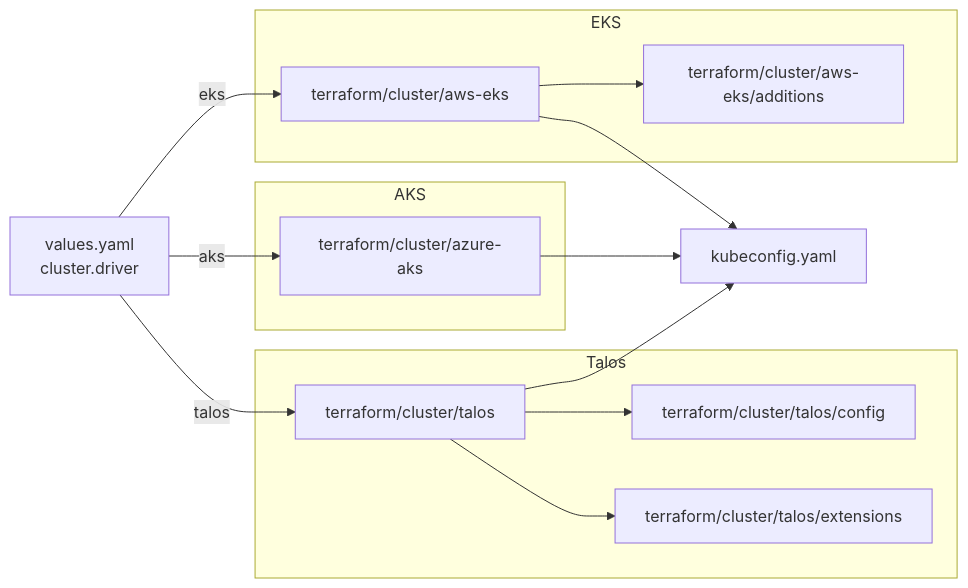
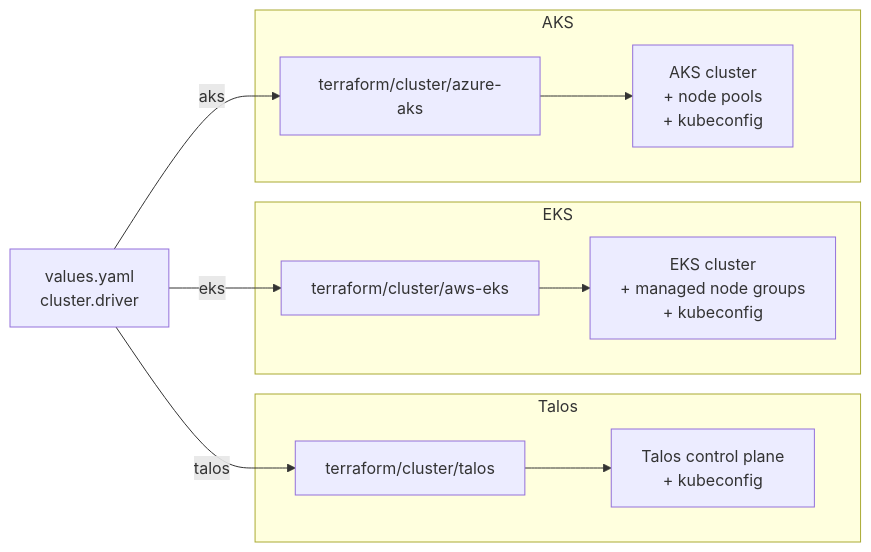
Before and after one commit to windsorcli/core: the diagram in terraform/cluster/README.md, drawn with Mermaid. The commit also changed 3 other files, not shown here.

Commit message:
chore(docs): update flowcharts in README files to reflect changes in cluster and compute relationships

````diff
--- a/terraform/cluster/README.md
+++ b/terraform/cluster/README.md
@@ -17,31 +17,26 @@
 ```mermaid
 flowchart LR
   values[values.yaml<br/>cluster.driver]
 
   subgraph talospath[Talos]
     tfTalos[terraform/cluster/talos]
-    tfConfig[terraform/cluster/talos/config]
-    tfExt[terraform/cluster/talos/extensions]
+    talosCp[Talos control plane<br/>+ kubeconfig]
   end
 
   subgraph ekspath[EKS]
     tfEks[terraform/cluster/aws-eks]
-    tfAdd[terraform/cluster/aws-eks/additions]
+    eksCluster[EKS cluster<br/>+ managed node groups<br/>+ kubeconfig]
   end
 
   subgraph akspath[AKS]
     tfAks[terraform/cluster/azure-aks]
+    aksCluster[AKS cluster<br/>+ node pools<br/>+ kubeconfig]
   end
-
-  kubeconfig[kubeconfig.yaml]
 
   values -->|talos| tfTalos
   values -->|eks| tfEks
   values -->|aks| tfAks
-  tfTalos --> tfConfig
-  tfTalos --> tfExt
-  tfEks --> tfAdd
-  tfTalos --> kubeconfig
-  tfEks --> kubeconfig
-  tfAks --> kubeconfig
+  tfTalos --> talosCp
+  tfEks --> eksCluster
+  tfAks --> aksCluster
 ```
````
